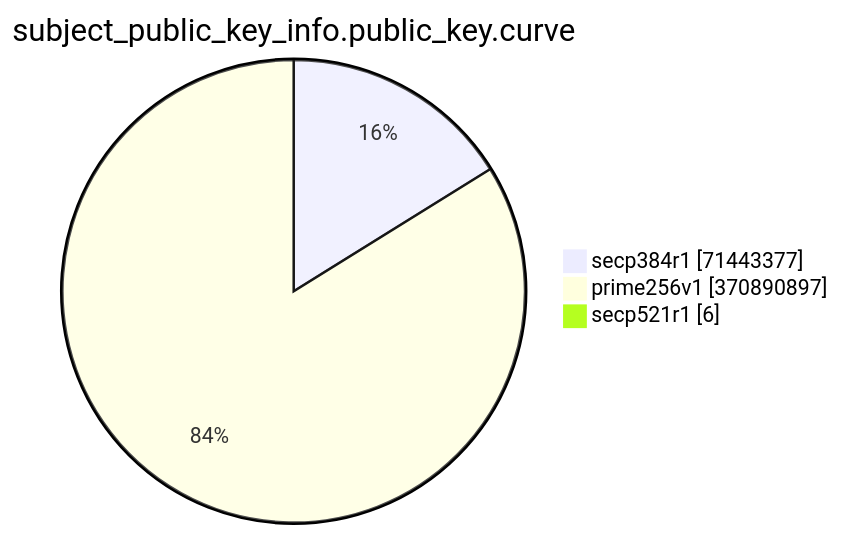
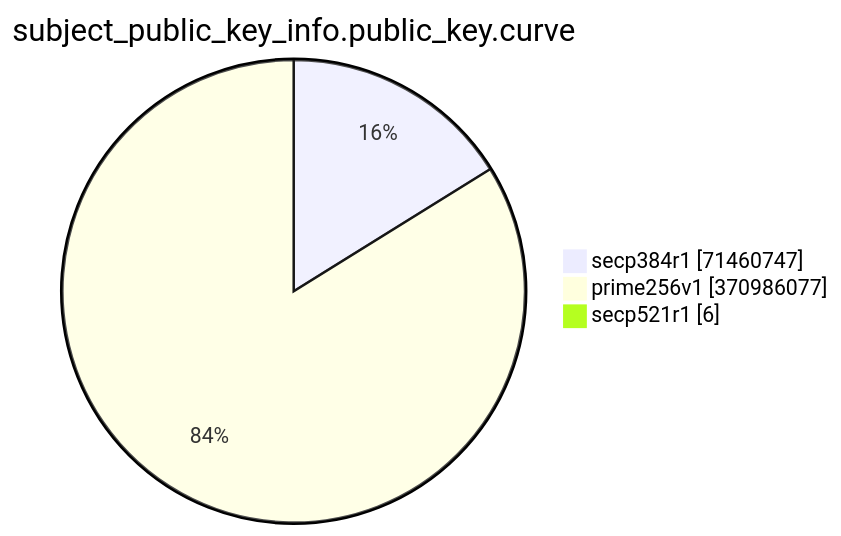
The eighth of 15 diagrams in TOTAL/README.md (christiankrug/ctmonitor_visualization), drawn with Mermaid before and after one commit. The commit also changed other lines of this file, not shown here.

````diff
--- a/TOTAL/README.md
+++ b/TOTAL/README.md
@@ -3094,7 +3094,7 @@
 ```mermaid
 pie showData
 title subject_public_key_info.public_key.curve
-"secp384r1" :71443377
-"prime256v1" :370890897
+"secp384r1" :71460747
+"prime256v1" :370986077
 "secp521r1" :6
 ```
````
